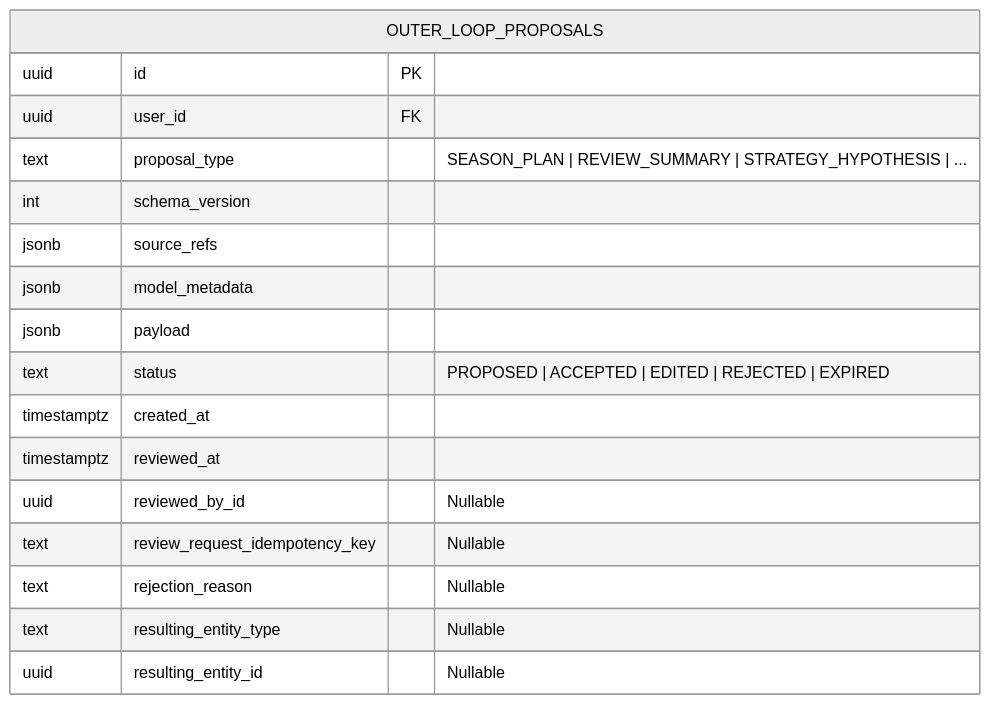
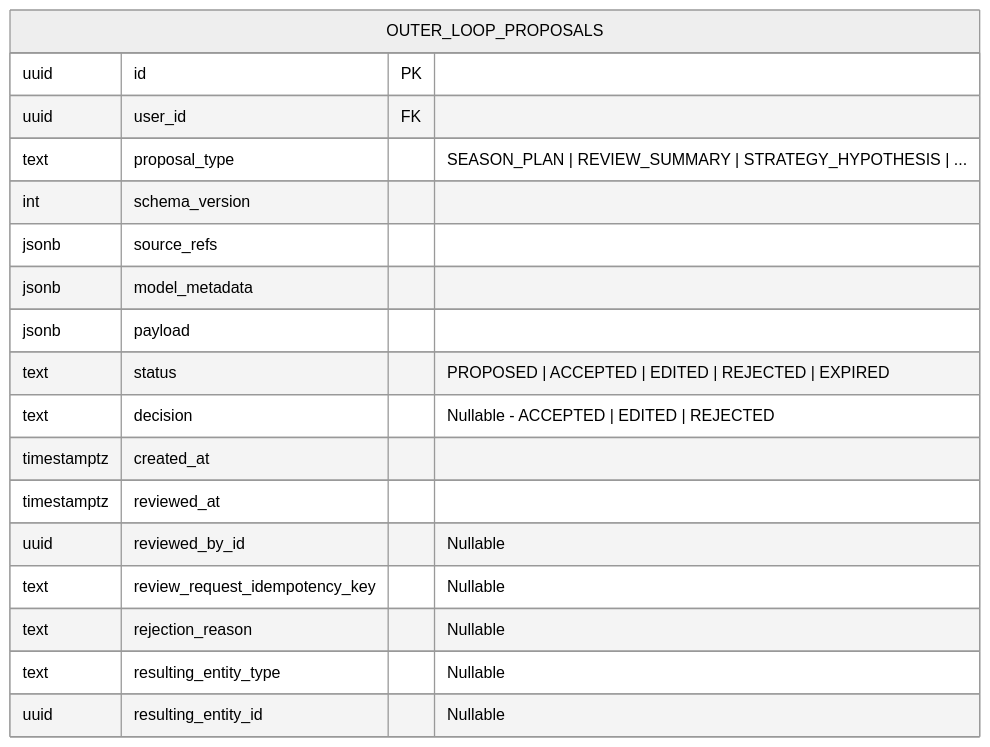
The first of 2 diagrams in docs/Phase8/08_AI_GM_OUTER_LOOP_CONTRACT.md (Daylily-Huang/AI-Personal-Growth-RPG), drawn with Mermaid (neutral theme) before and after one commit. The commit also changed other lines of this file and 6 other files, not shown here.

````diff
--- a/docs/Phase8/08_AI_GM_OUTER_LOOP_CONTRACT.md
+++ b/docs/Phase8/08_AI_GM_OUTER_LOOP_CONTRACT.md
@@ -21,20 +21,21 @@
 ```mermaid
 erDiagram
     OUTER_LOOP_PROPOSALS {
         uuid id PK
         uuid user_id FK
         text proposal_type "SEASON_PLAN | REVIEW_SUMMARY | STRATEGY_HYPOTHESIS | ..."
         int schema_version
         jsonb source_refs
         jsonb model_metadata
         jsonb payload
         text status "PROPOSED | ACCEPTED | EDITED | REJECTED | EXPIRED"
+        text decision "Nullable - ACCEPTED | EDITED | REJECTED"
         timestamptz created_at
         timestamptz reviewed_at
         uuid reviewed_by_id "Nullable"
         text review_request_idempotency_key "Nullable"
         text rejection_reason "Nullable"
         text resulting_entity_type "Nullable"
         uuid resulting_entity_id "Nullable"
     }
 ```
````
